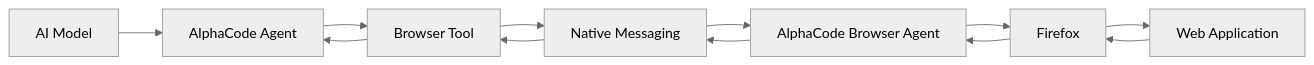
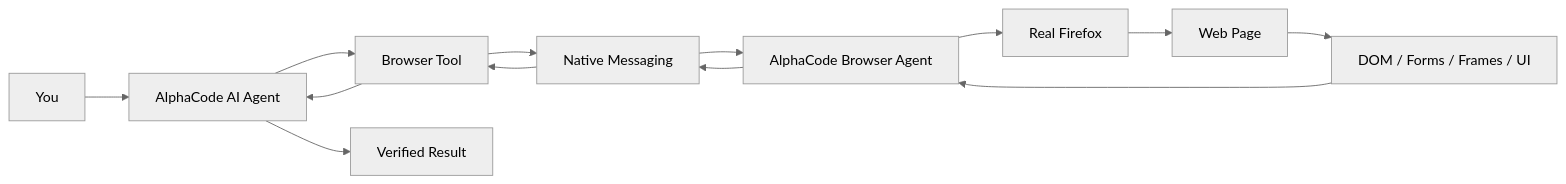
One commit to 2mzcmn9b4n-star/alphacode changed the second of 4 diagrams in README.md. Above: the diagram before and after it, drawn with Mermaid (neutral theme). The commit also changed other lines of this file, not shown here.

````diff
--- a/README.md
+++ b/README.md
@@ -230,24 +168,15 @@
 ```mermaid
 flowchart LR
-
-    A["AI Model"]
-    B["AlphaCode Agent"]
-    C["Browser Tool"]
-    D["Native Messaging"]
-    E["AlphaCode Browser Agent"]
-    F["Firefox"]
-    G["Web Application"]
-
-    A --> B
-    B --> C
-    C --> D
-    D --> E
-    E --> F
-    F --> G
-
-    G --> F
-    F --> E
-    E --> D
+    U["You"] --> A["AlphaCode AI Agent"]
+    A --> B["Browser Tool"]
+    B --> C["Native Messaging"]
+    C --> D["AlphaCode Browser Agent"]
+    D --> F["Real Firefox"]
+    F --> G["Web Page"]
+    G --> H["DOM / Forms / Frames / UI"]
+    H --> D
     D --> C
     C --> B
+    B --> A
+    A --> R["Verified Result"]
 ```
````
